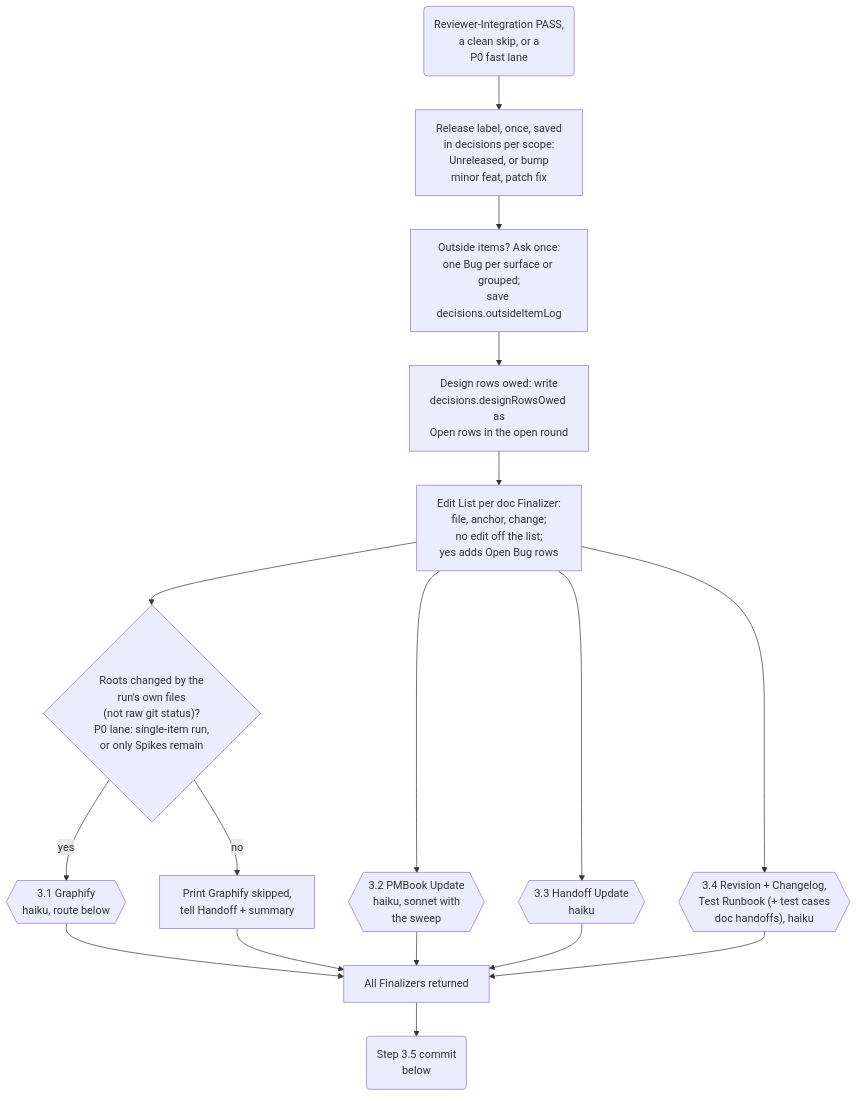
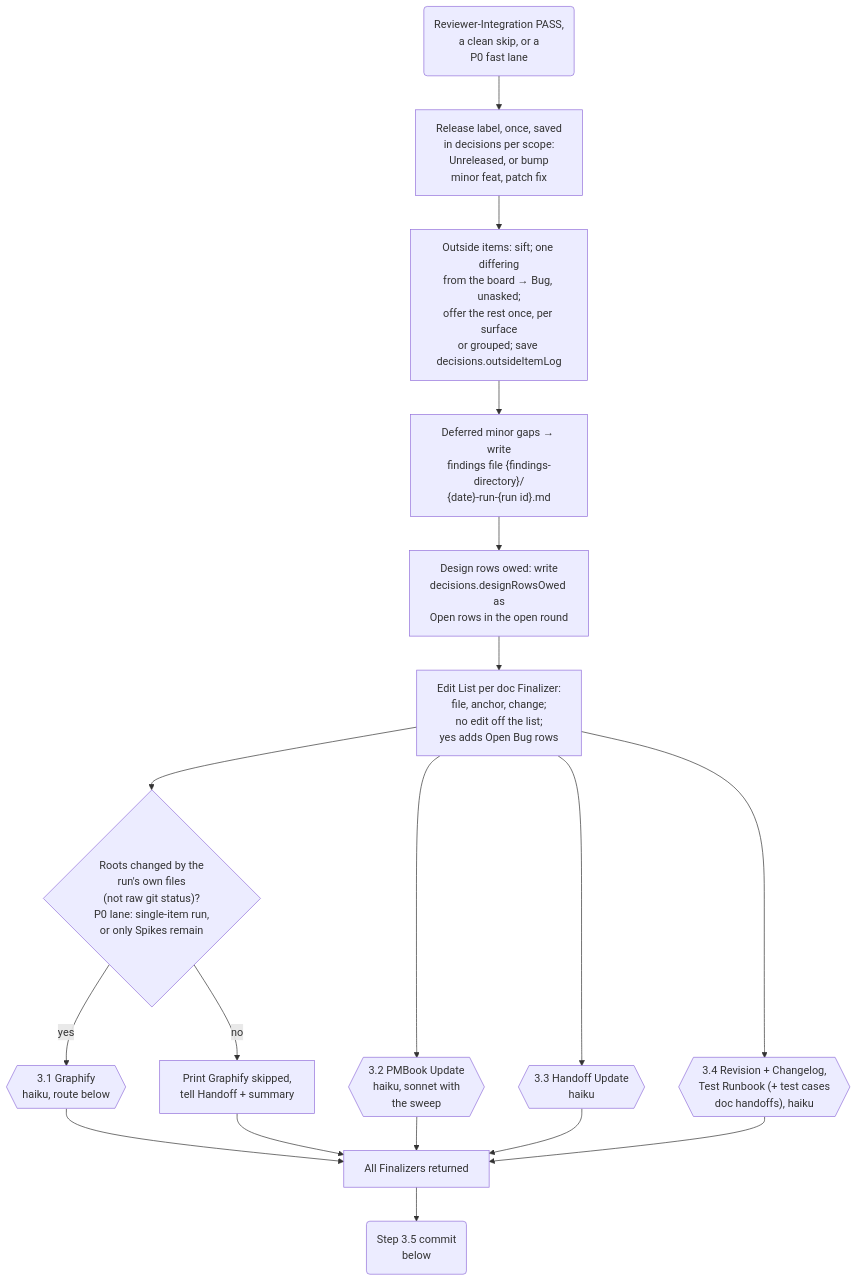
One commit to muhammedalikhan86/claude-stash changed the first of 5 diagrams in skills/plugin-orchestrator-development-pattern/mermaid/07-phase3-finalization.md. Above: the diagram before and after it, drawn with Mermaid. The commit also changed other lines of this file and 30 other files, not shown here.

````diff
--- a/skills/plugin-orchestrator-development-pattern/mermaid/07-phase3-finalization.md
+++ b/skills/plugin-orchestrator-development-pattern/mermaid/07-phase3-finalization.md
@@ -5,19 +5,20 @@
 ```mermaid
 flowchart TD
     S0("Reviewer-Integration PASS,<br/>a clean skip, or a<br/>P0 fast lane") --> Label["Release label, once, saved<br/>in decisions per scope:<br/>Unreleased, or bump<br/>minor feat, patch fix"]
-    Label --> Out["Outside items? Ask once:<br/>one Bug per surface or grouped;<br/>save decisions.outsideItemLog"]
-    Out --> Owed["Design rows owed: write<br/>decisions.designRowsOwed as<br/>Open rows in the open round"]
+    Label --> Out["Outside items: sift; one differing<br/>from the board → Bug, unasked;<br/>offer the rest once, per surface<br/>or grouped; save decisions.outsideItemLog"]
+    Out --> Gaps["Deferred minor gaps → write<br/>findings file {findings-directory}/<br/>{date}-run-{run id}.md"]
+    Gaps --> Owed["Design rows owed: write<br/>decisions.designRowsOwed as<br/>Open rows in the open round"]
     Owed --> Lists["Edit List per doc Finalizer:<br/>file, anchor, change;<br/>no edit off the list;<br/>yes adds Open Bug rows"]
     Lists --> G{"Roots changed by the<br/>run's own files<br/>(not raw git status)?<br/>P0 lane: single-item run,<br/>or only Spikes remain"}
     G -->|"no"| GS["Print Graphify skipped,<br/>tell Handoff + summary"]
     G -->|"yes"| GF{{"3.1 Graphify<br/>haiku, route below"}}
     Lists --> PM{{"3.2 PMBook Update<br/>haiku, sonnet with<br/>the sweep"}}
     Lists --> HO{{"3.3 Handoff Update<br/>haiku"}}
     Lists --> RC{{"3.4 Revision + Changelog,<br/>Test Runbook (+ test cases<br/>doc handoffs), haiku"}}
     GF --> Wait
     GS --> Wait
     PM --> Wait
     HO --> Wait
     RC --> Wait["All Finalizers returned"]
     Wait --> Commit("Step 3.5 commit<br/>below")
 ```
````
